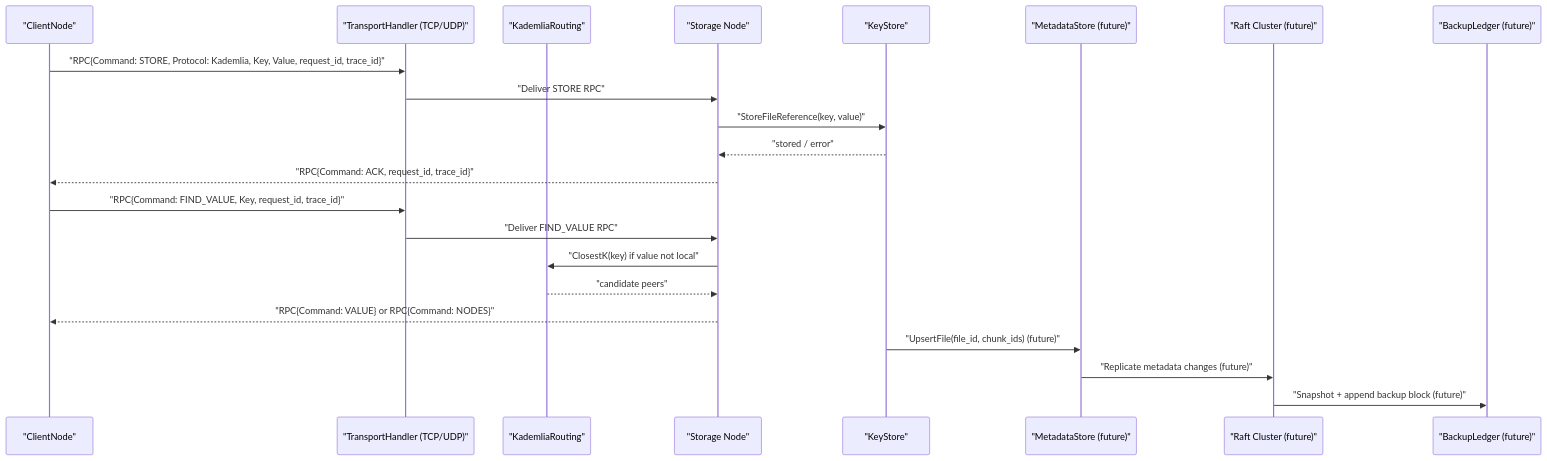
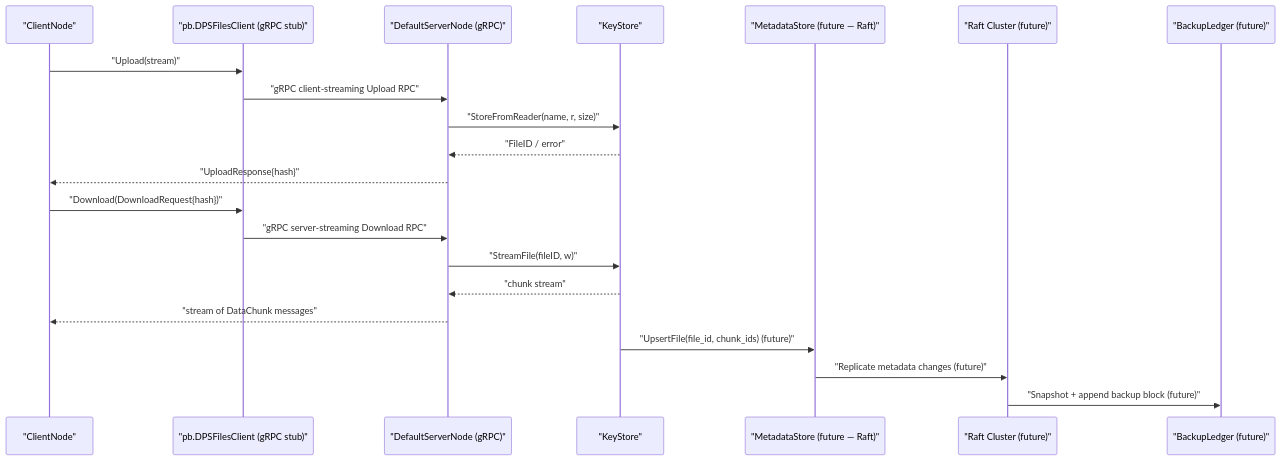
The diagram in docs/architecture/models/distributed_message_flow.mmd (danmuck/dps_files), drawn with Mermaid before and after one commit. The commit also changed 20 other files, not shown here.

```diff
--- a/docs/architecture/models/distributed_message_flow.mmd
+++ b/docs/architecture/models/distributed_message_flow.mmd
@@ -1,25 +1,24 @@
 sequenceDiagram
   participant CN as "ClientNode"
-  participant TR as "TransportHandler (TCP/UDP)"
-  participant RT as "KademliaRouting"
-  participant SN as "Storage Node"
+  participant STUB as "pb.DPSFilesClient (gRPC stub)"
+  participant SN as "DefaultServerNode (gRPC)"
   participant KS as "KeyStore"
-  participant ML as "MetadataStore (future)"
+  participant ML as "MetadataStore (future — Raft)"
   participant RA as "Raft Cluster (future)"
   participant BL as "BackupLedger (future)"
 
-  CN->>TR: "RPC{Command: STORE, Protocol: Kademlia, Key, Value, request_id, trace_id}"
-  TR->>SN: "Deliver STORE RPC"
-  SN->>KS: "StoreFileReference(key, value)"
-  KS-->>SN: "stored / error"
-  SN-->>CN: "RPC{Command: ACK, request_id, trace_id}"
+  CN->>STUB: "Upload(stream)"
+  STUB->>SN: "gRPC client-streaming Upload RPC"
+  SN->>KS: "StoreFromReader(name, r, size)"
+  KS-->>SN: "FileID / error"
+  SN-->>CN: "UploadResponse{hash}"
 
-  CN->>TR: "RPC{Command: FIND_VALUE, Key, request_id, trace_id}"
-  TR->>SN: "Deliver FIND_VALUE RPC"
-  SN->>RT: "ClosestK(key) if value not local"
-  RT-->>SN: "candidate peers"
-  SN-->>CN: "RPC{Command: VALUE} or RPC{Command: NODES}"
+  CN->>STUB: "Download(DownloadRequest{hash})"
+  STUB->>SN: "gRPC server-streaming Download RPC"
+  SN->>KS: "StreamFile(fileID, w)"
+  KS-->>SN: "chunk stream"
+  SN-->>CN: "stream of DataChunk messages"
 
   KS->>ML: "UpsertFile(file_id, chunk_ids) (future)"
   ML->>RA: "Replicate metadata changes (future)"
   RA->>BL: "Snapshot + append backup block (future)"
```
